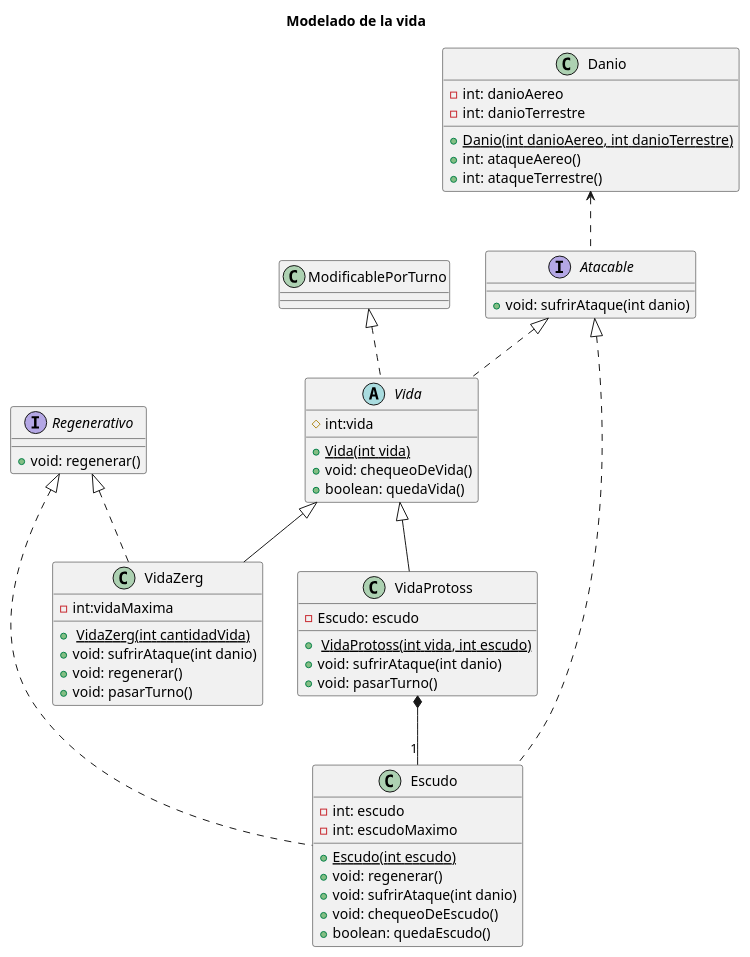
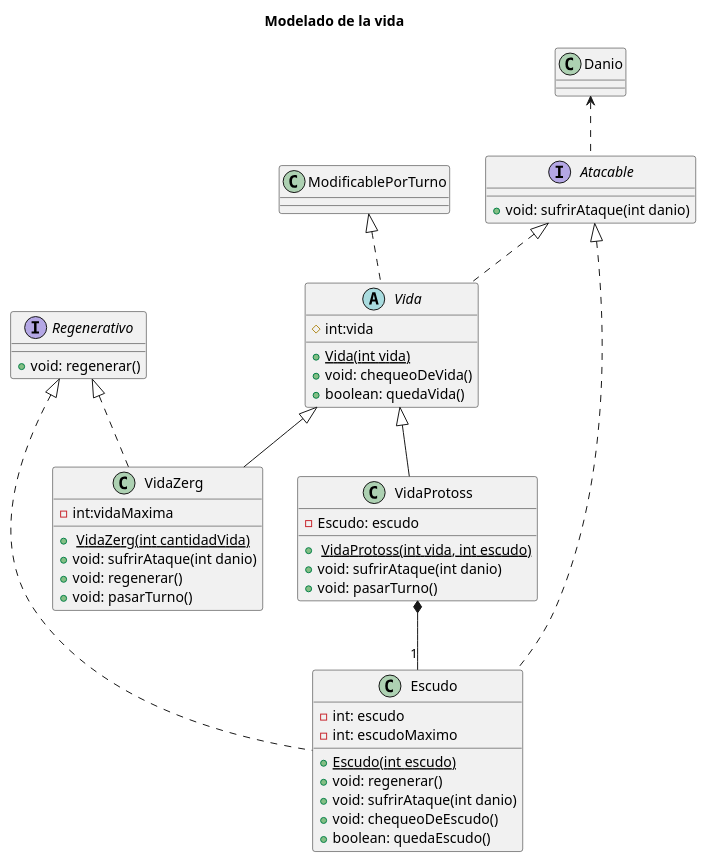
The diagram in diagrams/classes/Vida.puml (m-cabrerar/AlgoStar), drawn with PlantUML before and after one commit. The commit also changed 2 other files, not shown here.

Commit message:
UML actualizacion

```diff
--- a/diagrams/classes/Vida.puml
+++ b/diagrams/classes/Vida.puml
@@ -1,68 +1,63 @@
 @startuml
 'https://plantuml.com/class-diagram
 title Modelado de la vida
 abstract class Vida{
 #int:vida
 
 +<u>Vida(int vida)
 +void: chequeoDeVida()
 +boolean: quedaVida()
 }
 class VidaZerg{
 -int:vidaMaxima
 
 +<u> VidaZerg(int cantidadVida)
 + void: sufrirAtaque(int danio)
 + void: regenerar()
 + void: pasarTurno()
 }
 
 class VidaProtoss{
 -Escudo: escudo
 
 +<u> VidaProtoss(int vida, int escudo)
 + void: sufrirAtaque(int danio)
 + void: pasarTurno()
 
 }
 
 interface Regenerativo{
 +void: regenerar()
 }
 
 interface Atacable {
 +void: sufrirAtaque(int danio)
 }
 
 class Escudo{
 -int: escudo
 -int: escudoMaximo
 
 +<u>Escudo(int escudo)
 + void: regenerar()
 + void: sufrirAtaque(int danio)
 + void: chequeoDeEscudo()
 + boolean: quedaEscudo()
 }
 
 class Danio{
--int: danioAereo
--int: danioTerrestre
 
-+<u>Danio(int danioAereo, int danioTerrestre)
-+int: ataqueAereo()
-+int: ataqueTerrestre()
 }
 
 VidaProtoss *-- "1"Escudo
 Regenerativo <|.. Escudo
 Atacable <|.. Escudo
 
 Danio <.. Atacable
 Vida <|-- VidaProtoss
 Vida <|-- VidaZerg
 Regenerativo <|.. VidaZerg
 Atacable <|.. Vida
 ModificablePorTurno <|.. Vida
 
 @enduml
```
